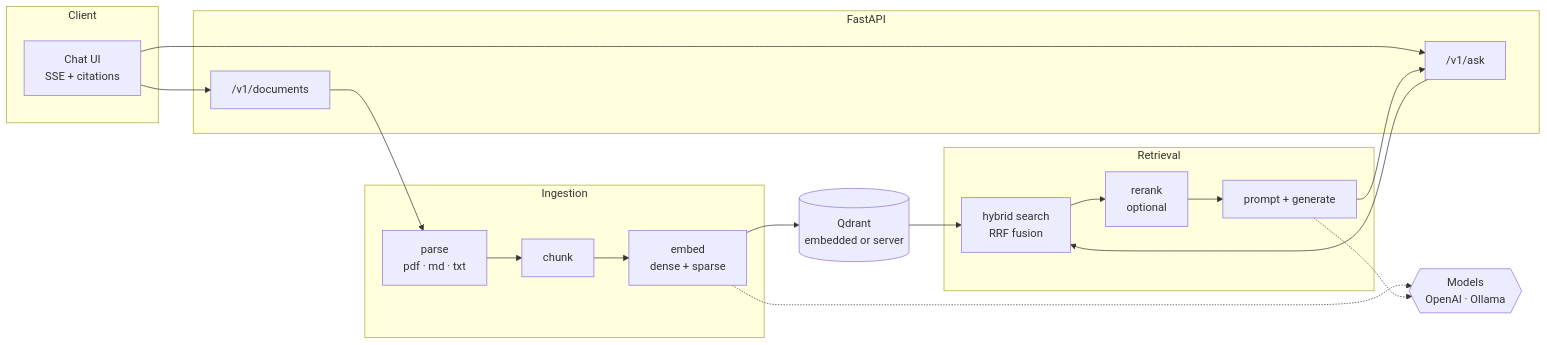
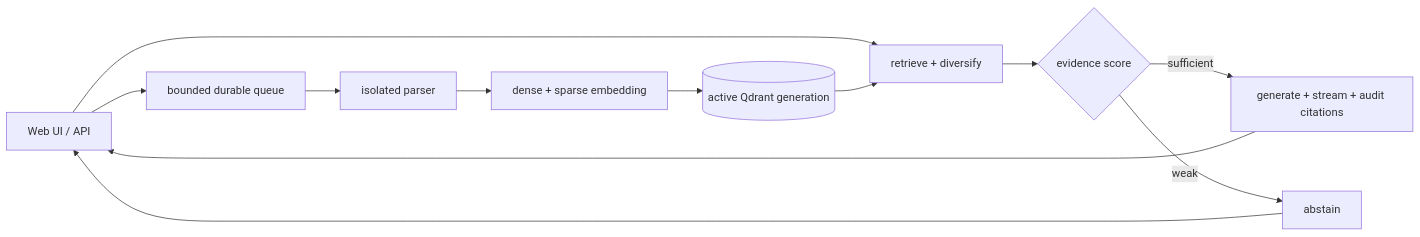
One commit to Ulzuhan/reed changed the diagram in README.md. Above: the diagram before and after it, drawn with Mermaid. The commit also changed other lines of this file and 74 other files, not shown here.

````diff
--- a/README.md
+++ b/README.md
@@ -54,30 +49,14 @@
 ```mermaid
 flowchart LR
-    subgraph Client
-        UI[Chat UI<br/>SSE + citations]
-    end
-
-    subgraph API["FastAPI"]
-        DOC["/v1/documents"]
-        ASK["/v1/ask"]
-    end
-
-    subgraph Ingestion
-        P[parse<br/>pdf · md · txt] --> C[chunk] --> E[embed<br/>dense + sparse]
-    end
-
-    subgraph Retrieval
-        H[hybrid search<br/>RRF fusion] --> R[rerank<br/>optional] --> G[prompt + generate]
-    end
-
-    Q[(Qdrant<br/>embedded or server)]
-    M{{"Models<br/>OpenAI · Ollama"}}
-
-    UI --> DOC --> P
-    UI --> ASK --> H
-    E --> Q
-    Q --> H
-    E -.-> M
-    G -.-> M
-    G --> ASK
+    UI["Web UI / API"] --> Q["bounded durable queue"]
+    Q --> P["isolated parser"]
+    P --> E["dense + sparse embedding"]
+    E --> V[("active Qdrant generation")]
+    UI --> R["retrieve + diversify"]
+    V --> R
+    R --> T{"evidence score"}
+    T -->|sufficient| G["generate + stream + audit citations"]
+    T -->|weak| A["abstain"]
+    G --> UI
+    A --> UI
 ```
````
